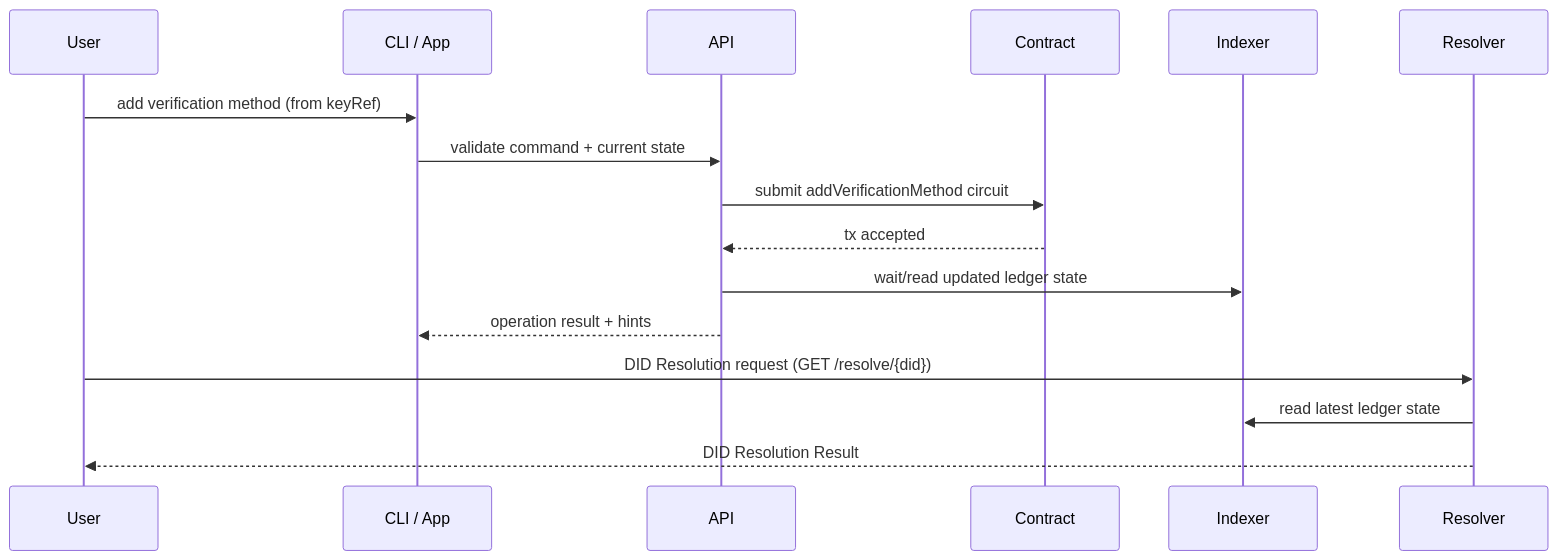
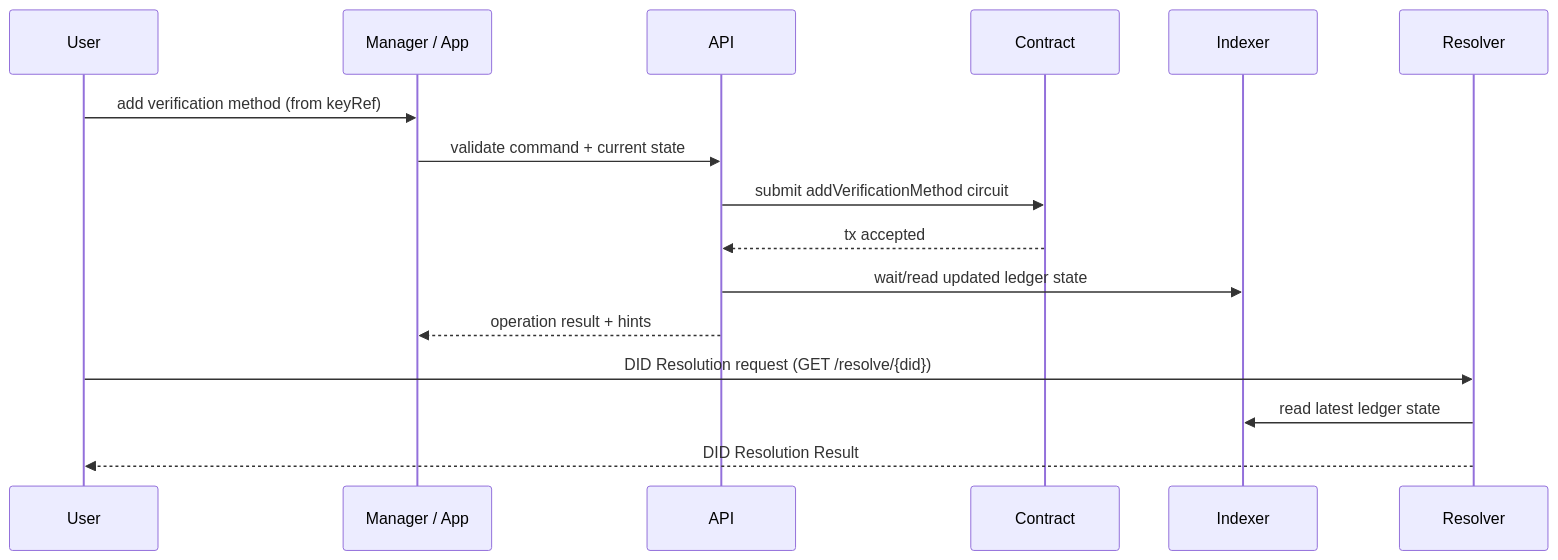
One commit to midnightntwrk/midnight-did changed the second of 3 diagrams in README.md. Above: the diagram before and after it, drawn with Mermaid. The commit also changed 5 other files, not shown here.

````diff
--- a/README.md
+++ b/README.md
@@ -60,20 +60,20 @@
 ```mermaid
 sequenceDiagram
   participant User
-  participant CLI as CLI / App
+  participant App as Manager / App
   participant API
   participant Contract
   participant Indexer
   participant Resolver
 
-  User->>CLI: add verification method (from keyRef)
-  CLI->>API: validate command + current state
+  User->>App: add verification method (from keyRef)
+  App->>API: validate command + current state
   API->>Contract: submit addVerificationMethod circuit
   Contract-->>API: tx accepted
   API->>Indexer: wait/read updated ledger state
-  API-->>CLI: operation result + hints
+  API-->>App: operation result + hints
 
   User->>Resolver: DID Resolution request (GET /resolve/{did})
   Resolver->>Indexer: read latest ledger state
   Resolver-->>User: DID Resolution Result
 ```
````
